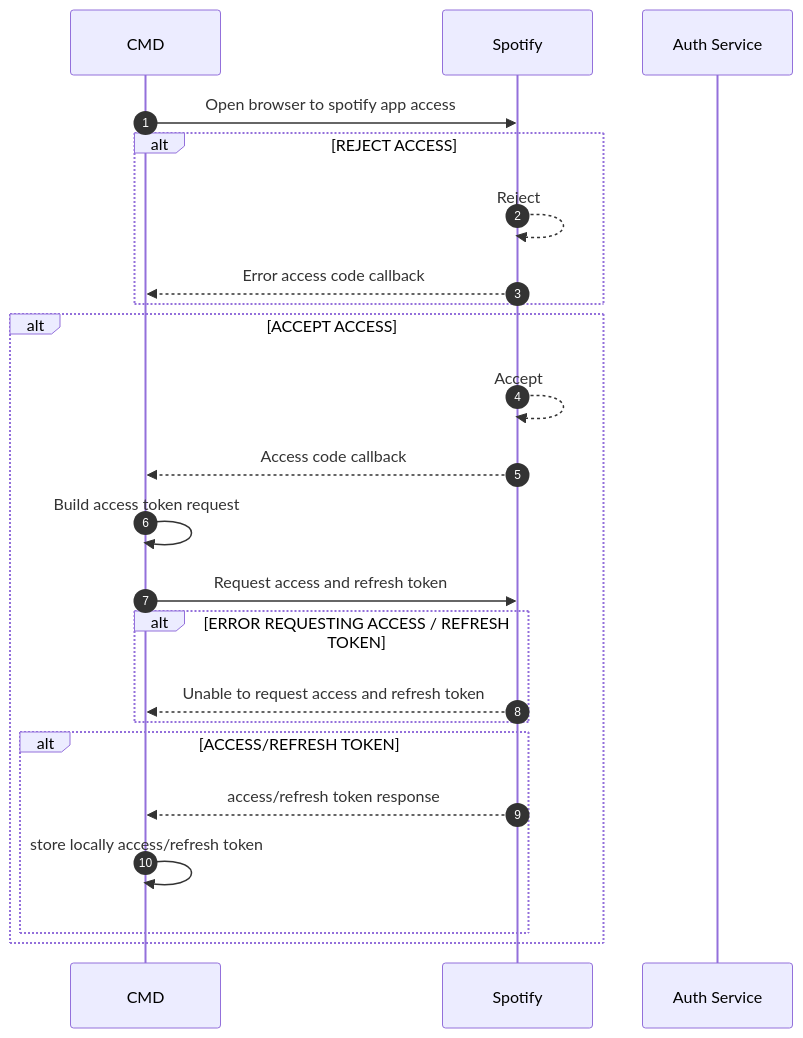
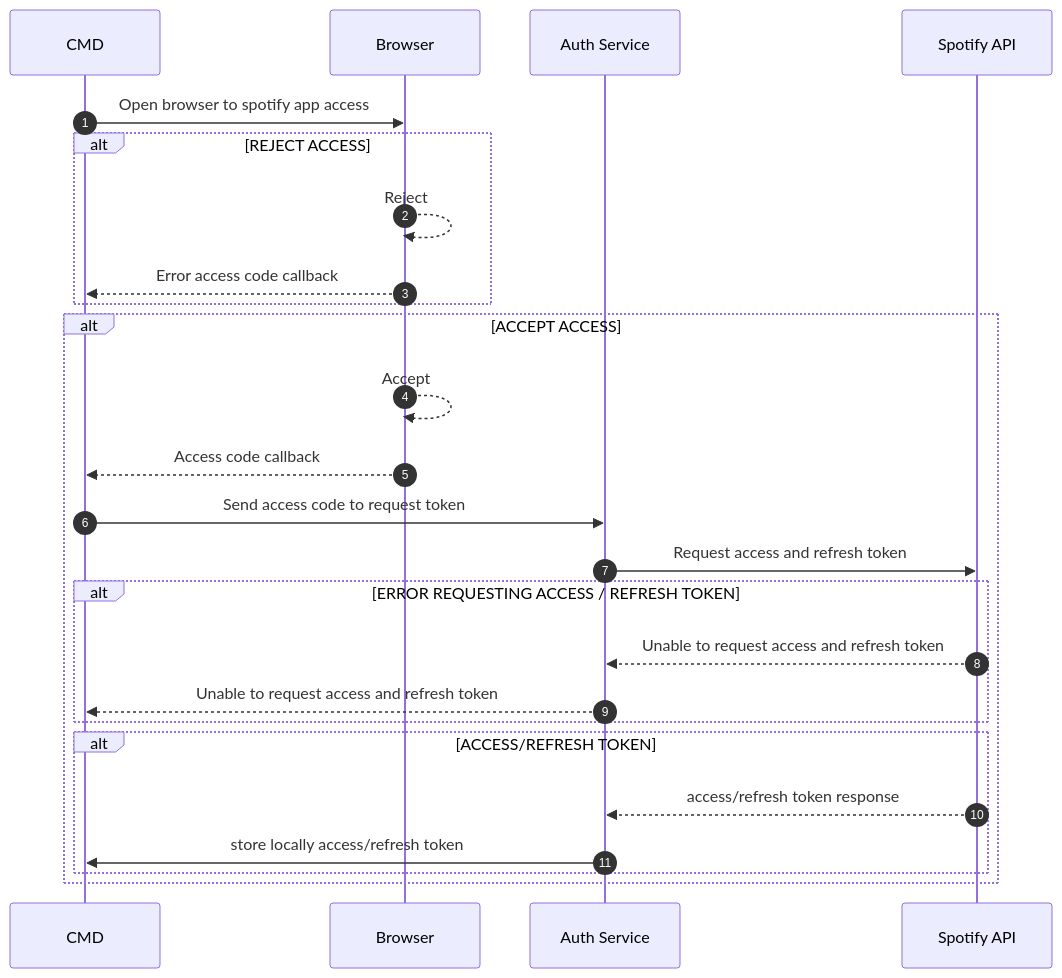
Before and after one commit to orlandorode97/termify: the diagram in docs/flows/login.mmd, drawn with Mermaid. The commit also changed other lines of this file and 1 other file, not shown here.

Commit message:
update login sequence and add architecture image

```diff
--- a/docs/flows/login.mmd
+++ b/docs/flows/login.mmd
@@ -1,23 +1,25 @@
 sequenceDiagram
     autonumber
     participant C as CMD
-    participant S as Spotify
+    participant B as Browser
     participant A as Auth Service
-    C->>S: Open browser to spotify app access
+    participant S as Spotify API
+    C->>B: Open browser to spotify app access
     alt REJECT ACCESS
-    S-->>S: Reject
-    S-->>C: Error access code callback
+    B-->>B: Reject
+    B-->>C: Error access code callback
     end
     alt ACCEPT ACCESS
-        S-->>S: Accept
-        S-->>C: Access code callback
-        C->>C: Build access token request
-        C->>S: Request access and refresh token 
+        B-->>B: Accept
+        B-->>C: Access code callback
+        C->>A: Send access code to request token
+        A->>S: Request access and refresh token 
         alt ERROR REQUESTING ACCESS / REFRESH TOKEN
-            S-->>C: Unable to request access and refresh token
+            S-->>A: Unable to request access and refresh token
+            A-->>C: Unable to request access and refresh token
         end
         alt ACCESS/REFRESH TOKEN
-            S-->>C: access/refresh token response 
-            C->>C: store locally access/refresh token 
+            S-->>A: access/refresh token response 
+            A->>C: store locally access/refresh token 
         end
     end
```
